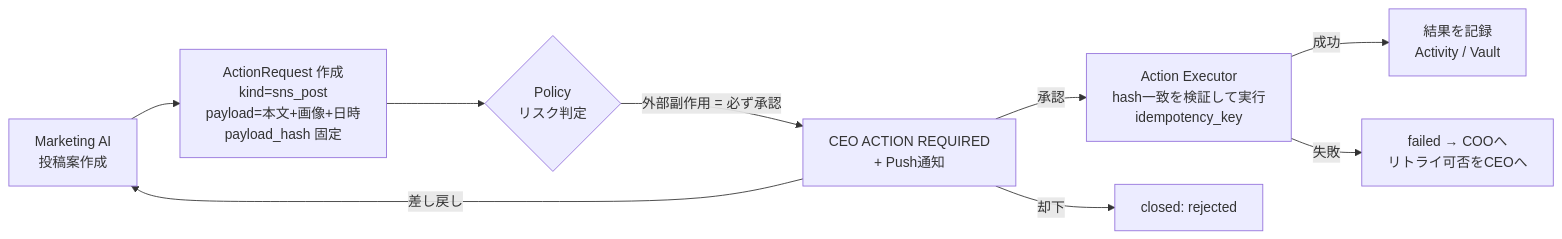
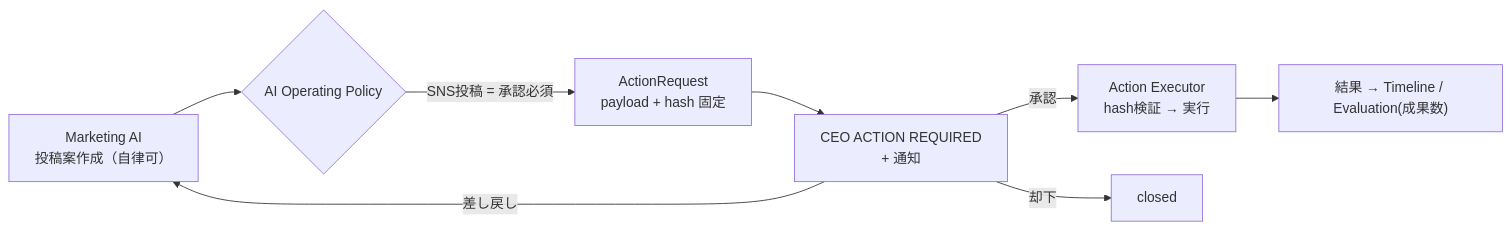
Before and after one commit to Re-Palette/ARQO-Company: the third of 6 diagrams in docs/design/01-architecture.md, drawn with Mermaid. The commit also changed other lines of this file and 32 other files, not shown here.

````diff
--- a/docs/design/01-architecture.md
+++ b/docs/design/01-architecture.md
@@ -171,11 +193,10 @@
 ```mermaid
 flowchart LR
-    A["Marketing AI<br/>投稿案作成"] --> B["ActionRequest 作成<br/>kind=sns_post<br/>payload=本文+画像+日時<br/>payload_hash 固定"]
-    B --> C{"Policy<br/>リスク判定"}
-    C -->|"外部副作用 = 必ず承認"| D["CEO ACTION REQUIRED<br/>+ Push通知"]
-    D -->|承認| E["Action Executor<br/>hash一致を検証して実行<br/>idempotency_key"]
+    A["Marketing AI<br/>投稿案作成（自律可）"] --> P{"AI Operating Policy"}
+    P -->|"SNS投稿 = 承認必須"| B["ActionRequest<br/>payload + hash 固定"]
+    B --> D["CEO ACTION REQUIRED<br/>+ 通知"]
+    D -->|承認| E["Action Executor<br/>hash検証 → 実行"]
     D -->|差し戻し| A
-    D -->|却下| F["closed: rejected"]
-    E -->|成功| G["結果を記録<br/>Activity / Vault"]
-    E -->|失敗| H["failed → COOへ<br/>リトライ可否をCEOへ"]
+    D -->|却下| F["closed"]
+    E --> G["結果 → Timeline / Evaluation(成果数)"]
 ```
````
